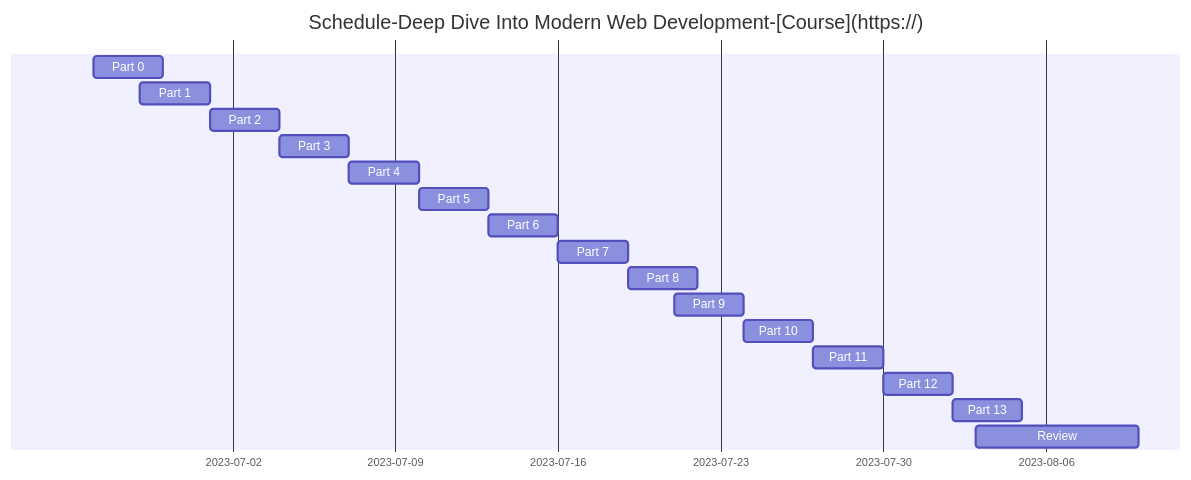
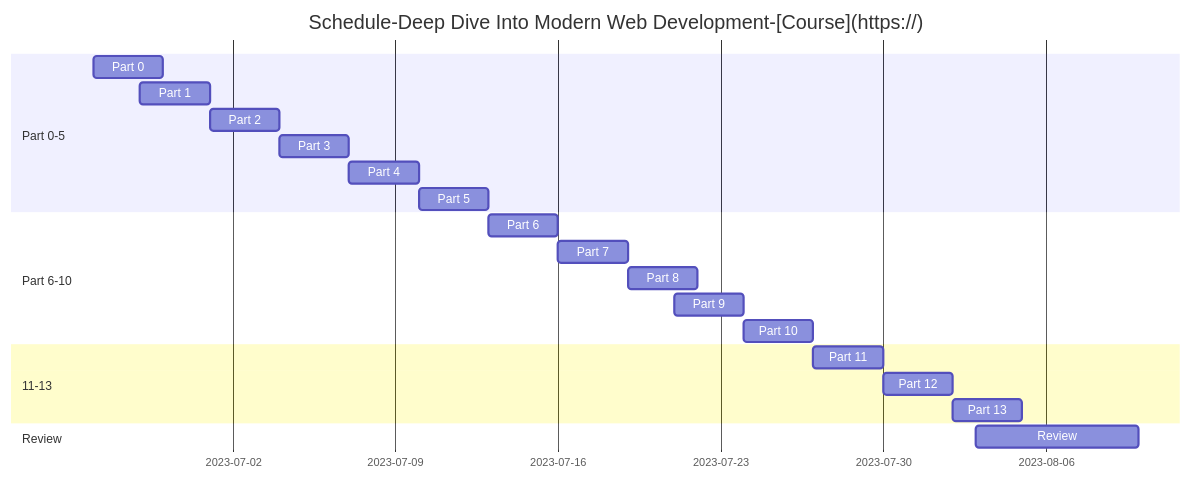
The second of 2 diagrams in README.md (DcViet/DcViet), drawn with Mermaid before and after one commit. The commit also changed other lines of this file, not shown here.

````diff
--- a/README.md
+++ b/README.md
@@ -125,19 +126,23 @@
 ```mermaid
 gantt
     title Schedule-Deep Dive Into Modern Web Development-[Course](https://)
-    Part 0 : 2023-06-26, 3d
-    Part 1 : 2023-06-28, 3d
-    Part 2 : 2023-07-1, 3d
-    Part 3 : 2023-07-4, 3d
-    Part 4 : 2023-07-7, 3d
-    Part 5 : 2023-07-10, 3d
-    Part 6 : 2023-07-13, 3d
-    Part 7 : 2023-07-16, 3d
-    Part 8 : 2023-07-19, 3d
-    Part 9 : 2023-07-21, 3d
-    Part 10 : 2023-07-24, 3d
-    Part 11 : 2023-07-27, 3d
-    Part 12 : 2023-07-30, 3d
-    Part 13 : 2023-08-2, 3d
-    Review  : 2023-08-3, 7d
+    section Part 0-5
+    	Part 0 : 2023-06-26, 3d
+    	Part 1 : 2023-06-28, 3d
+    	Part 2 : 2023-07-1, 3d
+    	Part 3 : 2023-07-4, 3d
+    	Part 4 : 2023-07-7, 3d
+    	Part 5 : 2023-07-10, 3d
+    section Part 6-10
+   	Part 6 : 2023-07-13, 3d
+   	Part 7 : 2023-07-16, 3d
+   	Part 8 : 2023-07-19, 3d
+ 	Part 9 : 2023-07-21, 3d
+   	Part 10 : 2023-07-24, 3d
+    section 11-13
+   	Part 11 : 2023-07-27, 3d
+    	Part 12 : 2023-07-30, 3d
+    	Part 13 : 2023-08-2, 3d
+    section Review
+    	Review  : 2023-08-3, 7d
 ```
````
